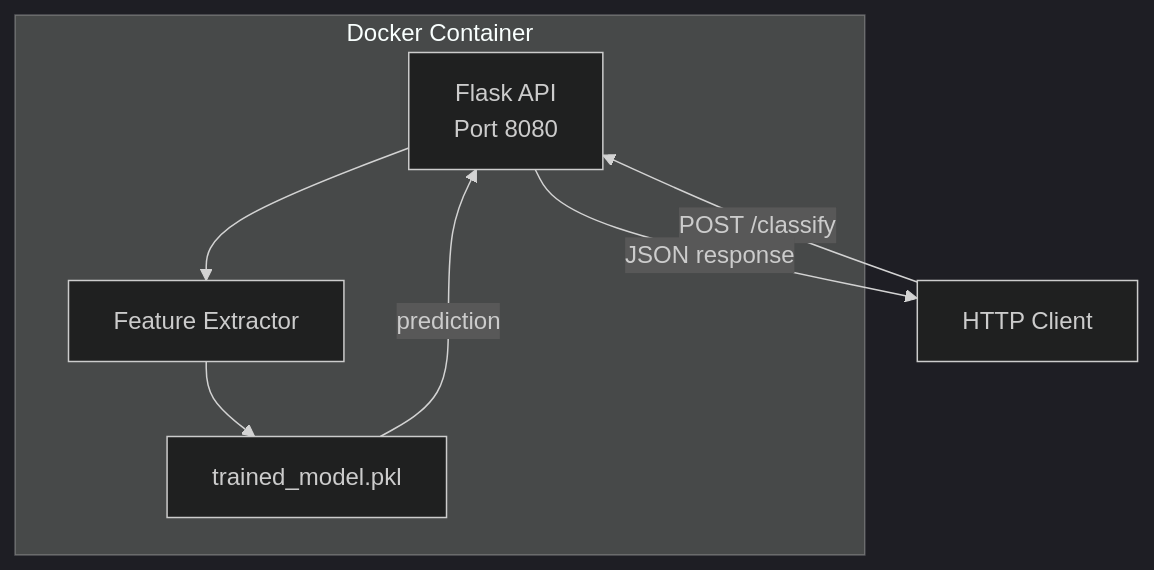
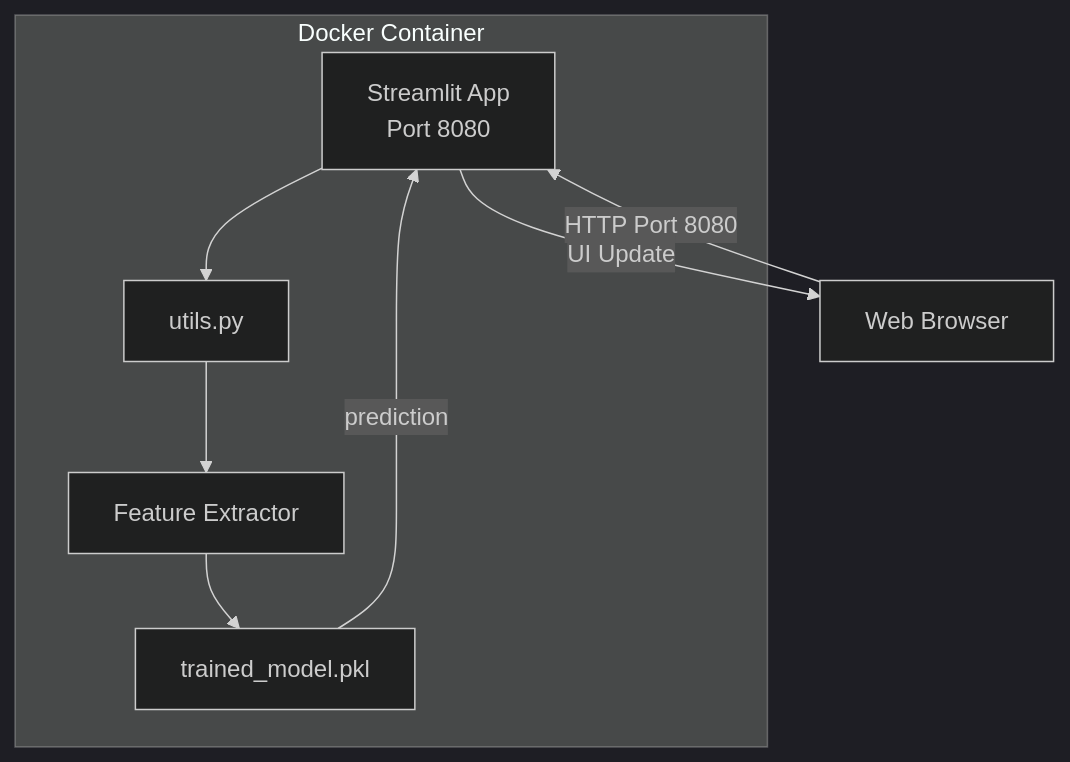
One commit to iportilla/5350-mlops changed the first of 7 diagrams in docker/README.md. Above: the diagram before and after it, drawn with Mermaid (dark theme). The commit also changed other lines of this file and 4 other files, not shown here.

````diff
--- a/docker/README.md
+++ b/docker/README.md
@@ -9,14 +9,16 @@
 ```mermaid
 flowchart TB
     subgraph Docker Container
-        A["Flask API<br/>Port 8080"]
+        A["Streamlit App<br/>Port 8080"]
         B[trained_model.pkl]
         C[Feature Extractor]
+        D[utils.py]
     end
     
-    D[HTTP Client] -->|POST /classify| A
-    A --> C
+    E[Web Browser] -->|HTTP Port 8080| A
+    A --> D
+    D --> C
     C --> B
     B -->|prediction| A
-    A -->|JSON response| D
+    A -->|UI Update| E
 ```
````
